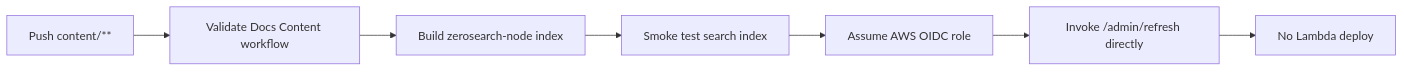
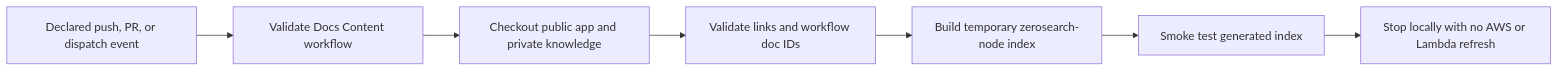
One commit to DataTalksClub/dataops changed the fourth of 6 diagrams in docs/architecture.md. Above: the diagram before and after it, drawn with Mermaid. The commit also changed other lines of this file, not shown here.

First line of the commit message:
docs: correct content validation architecture contract

````diff
--- a/docs/architecture.md
+++ b/docs/architecture.md
@@ -132,9 +155,9 @@
 ```mermaid
 flowchart LR
-  ContentPush[Push content/**] --> Validate[Validate Docs Content workflow]
-  Validate --> BuildIndex[Build zerosearch-node index]
-  BuildIndex --> Smoke[Smoke test search index]
-  Smoke --> OIDC[Assume AWS OIDC role]
-  OIDC --> Refresh[Invoke /admin/refresh directly]
-  Refresh --> Done[No Lambda deploy]
+  Trigger[Declared push, PR, or dispatch event] --> Validate[Validate Docs Content workflow]
+  Validate --> Checkouts[Checkout public app and private knowledge]
+  Checkouts --> ValidateLinks[Validate links and workflow doc IDs]
+  ValidateLinks --> BuildIndex[Build temporary zerosearch-node index]
+  BuildIndex --> Smoke[Smoke test generated index]
+  Smoke --> Stop[Stop locally with no AWS or Lambda refresh]
 ```
````
